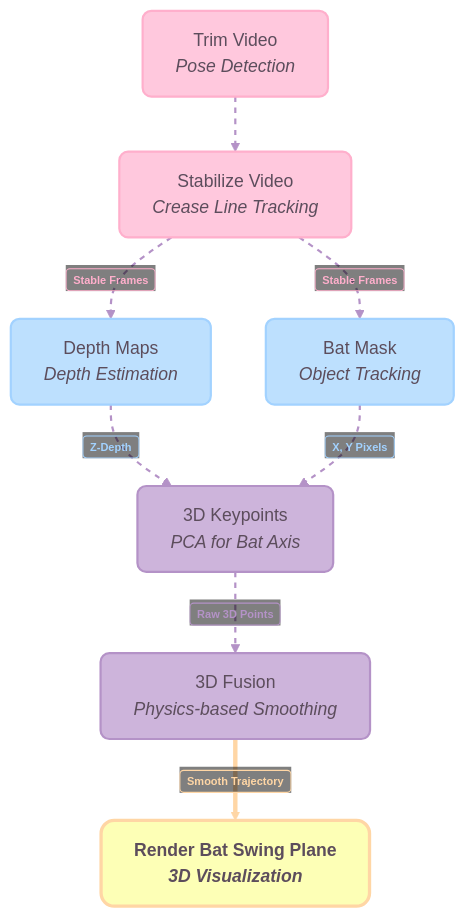
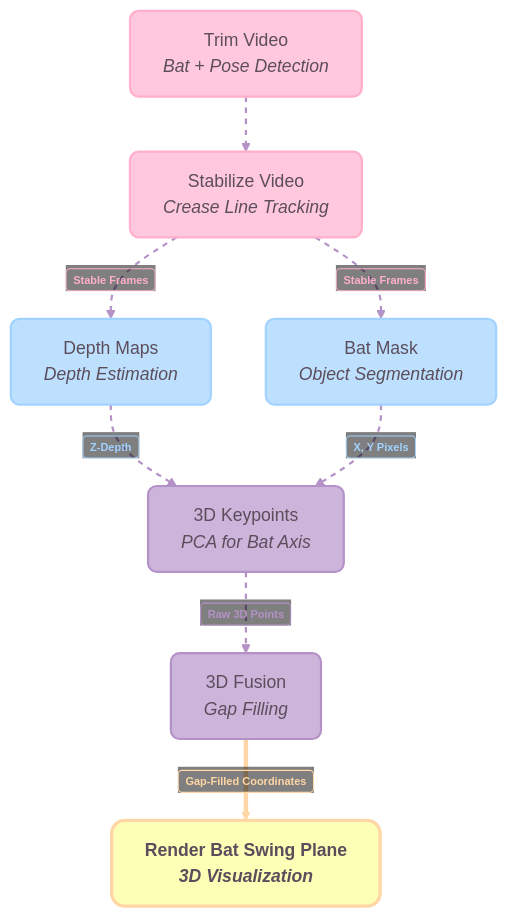
One commit to adnanmsk/blog_privew changed the fifth of 9 diagrams in pipeline_diagrams.md. Above: the diagram before and after it, drawn with Mermaid. The commit also changed other lines of this file, not shown here.

Commit message:
Update terminology in pipeline diagrams to match Option 13

````diff
--- a/pipeline_diagrams.md
+++ b/pipeline_diagrams.md
@@ -110,19 +110,19 @@
 ```mermaid
 %%{init: {'theme': 'base', 'themeVariables': { 'edgeLabelBackground':'transparent' }}}%%
 flowchart TD
     classDef prep fill:#ffc8dd,stroke:#ffafcc,stroke-width:2px,color:#5c4d5c,rx:8px,ry:8px
     classDef infer fill:#bde0fe,stroke:#a2d2ff,stroke-width:2px,color:#5c4d5c,rx:8px,ry:8px
     classDef phys fill:#cdb4db,stroke:#b492c7,stroke-width:2px,color:#5c4d5c,rx:8px,ry:8px
     classDef out fill:#fdffb6,stroke:#ffd6a5,stroke-width:3px,color:#5c4d5c,rx:12px,ry:12px,font-weight:bold
 
-    T["Trim Video<br><i>Pose Detection</i>"]:::prep --> S["Stabilize Video<br><i>Crease Line Tracking</i>"]:::prep
+    T["Trim Video<br><i>Bat + Pose Detection</i>"]:::prep --> S["Stabilize Video<br><i>Crease Line Tracking</i>"]:::prep
     S -- "<span style='background:transparent !important; border:1.5px solid #ffafcc !important; color:#ffafcc !important; padding:2px 6px; border-radius:4px; font-size:10px; font-weight:bold; display:inline-block;'>Stable Frames</span>" --> D["Depth Maps<br><i>Depth Estimation</i>"]:::infer
-    S -- "<span style='background:transparent !important; border:1.5px solid #ffafcc !important; color:#ffafcc !important; padding:2px 6px; border-radius:4px; font-size:10px; font-weight:bold; display:inline-block;'>Stable Frames</span>" --> Seg["Bat Mask<br><i>Object Tracking</i>"]:::infer
+    S -- "<span style='background:transparent !important; border:1.5px solid #ffafcc !important; color:#ffafcc !important; padding:2px 6px; border-radius:4px; font-size:10px; font-weight:bold; display:inline-block;'>Stable Frames</span>" --> Seg["Bat Mask<br><i>Object Segmentation</i>"]:::infer
     D -- "<span style='background:transparent !important; border:1.5px solid #a2d2ff !important; color:#a2d2ff !important; padding:2px 6px; border-radius:4px; font-size:10px; font-weight:bold; display:inline-block;'>Z-Depth</span>" --> K["3D Keypoints<br><i>PCA for Bat Axis</i>"]:::phys
     Seg -- "<span style='background:transparent !important; border:1.5px solid #a2d2ff !important; color:#a2d2ff !important; padding:2px 6px; border-radius:4px; font-size:10px; font-weight:bold; display:inline-block;'>X, Y Pixels</span>" --> K
-    K -- "<span style='background:transparent !important; border:1.5px solid #b492c7 !important; color:#b492c7 !important; padding:2px 6px; border-radius:4px; font-size:10px; font-weight:bold; display:inline-block;'>Raw 3D Points</span>" --> F["3D Fusion<br><i>Physics-based Smoothing</i>"]:::phys
-    F -- "<span style='background:transparent !important; border:1.5px solid #ffd6a5 !important; color:#ffd6a5 !important; padding:2px 6px; border-radius:4px; font-size:10px; font-weight:bold; display:inline-block;'>Smooth Trajectory</span>" --> R["Render Bat Swing Plane<br><i>3D Visualization</i>"]:::out
+    K -- "<span style='background:transparent !important; border:1.5px solid #b492c7 !important; color:#b492c7 !important; padding:2px 6px; border-radius:4px; font-size:10px; font-weight:bold; display:inline-block;'>Raw 3D Points</span>" --> F["3D Fusion<br><i>Gap Filling</i>"]:::phys
+    F -- "<span style='background:transparent !important; border:1.5px solid #ffd6a5 !important; color:#ffd6a5 !important; padding:2px 6px; border-radius:4px; font-size:10px; font-weight:bold; display:inline-block;'>Gap-Filled Coordinates</span>" --> R["Render Bat Swing Plane<br><i>3D Visualization</i>"]:::out
 
     linkStyle 0,1,2,3,4,5 stroke:#b492c7,stroke-width:2px,stroke-dasharray: 5 5
     linkStyle 6 stroke:#ffd6a5,stroke-width:4px
 ```
````
